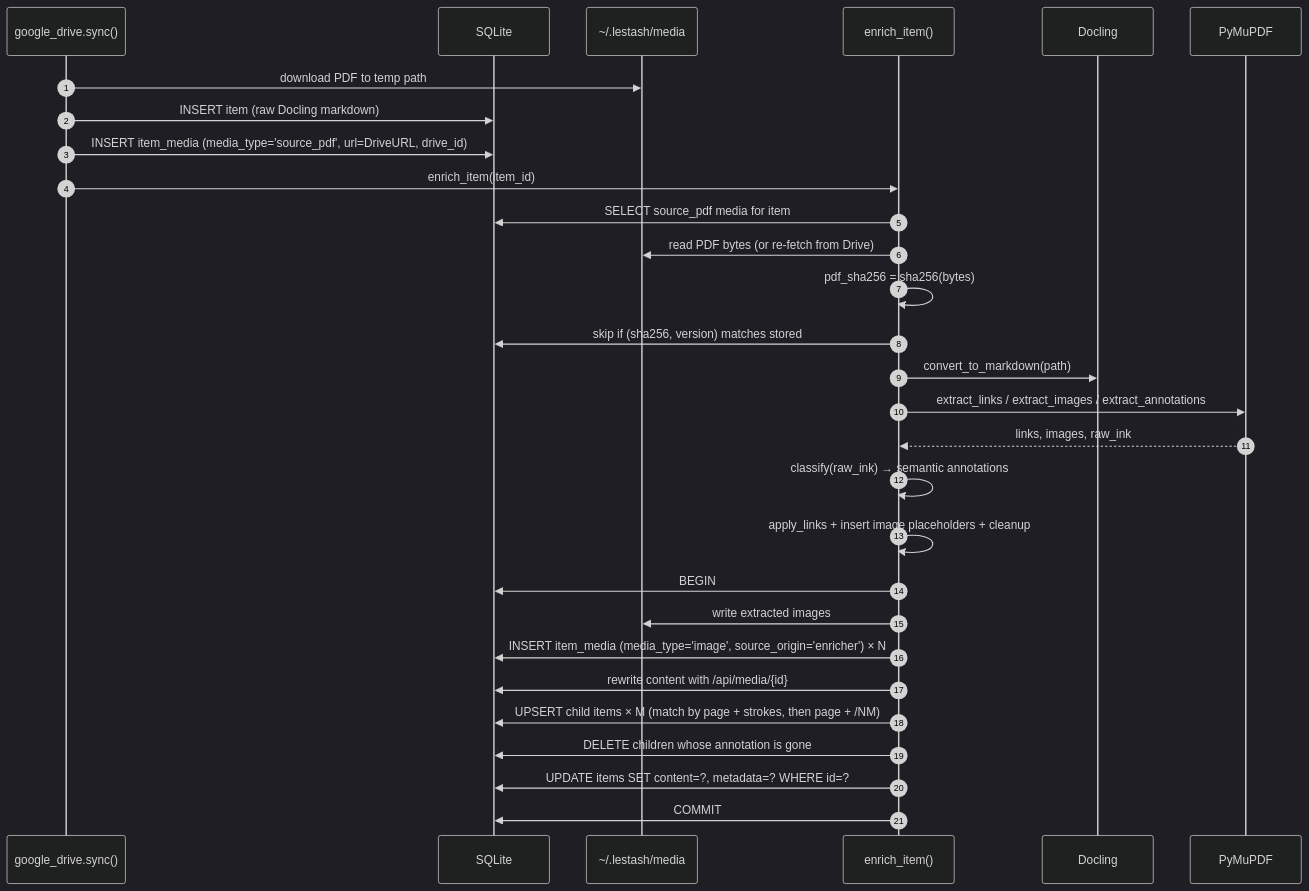
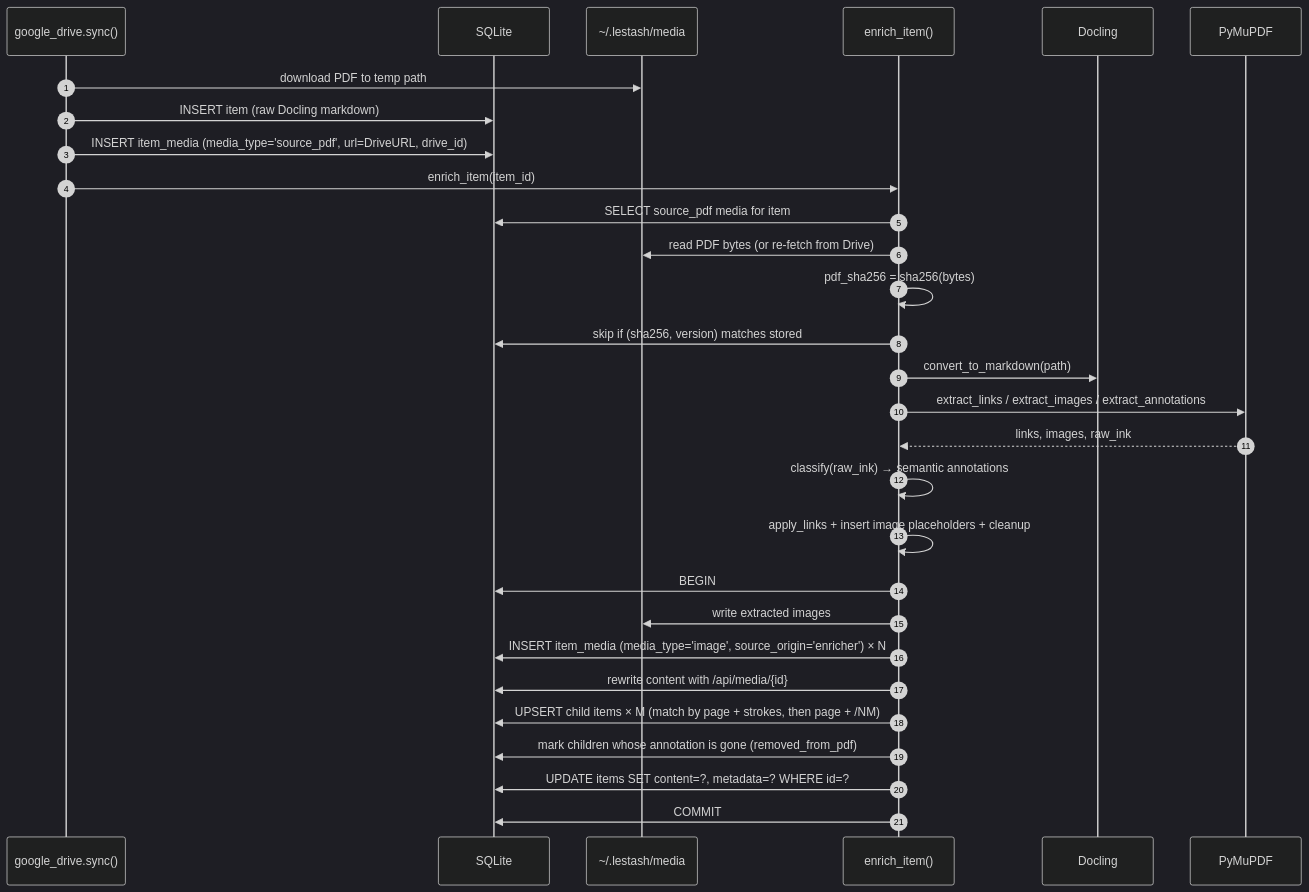
The first of 5 diagrams in docs/pdf-enrichment-design.md (thompsonson/lestash), drawn with Mermaid (dark theme) before and after one commit. The commit also changed other lines of this file and 5 other files, not shown here.

First line of the commit message:
fix(pdf_enrich): fourth review round for the re-enrich upsert

````diff
--- a/docs/pdf-enrichment-design.md
+++ b/docs/pdf-enrichment-design.md
@@ -157,32 +157,32 @@
 ```mermaid
 sequenceDiagram
     autonumber
     participant Sync as google_drive.sync()
     participant DB as SQLite
     participant FS as ~/.lestash/media
     participant Enrich as enrich_item()
     participant Docling
     participant PyMuPDF
 
     Sync->>FS: download PDF to temp path
     Sync->>DB: INSERT item (raw Docling markdown)
     Sync->>DB: INSERT item_media (media_type='source_pdf', url=DriveURL, drive_id)
     Sync->>Enrich: enrich_item(item_id)
     Enrich->>DB: SELECT source_pdf media for item
     Enrich->>FS: read PDF bytes (or re-fetch from Drive)
     Enrich->>Enrich: pdf_sha256 = sha256(bytes)
     Enrich->>DB: skip if (sha256, version) matches stored
     Enrich->>Docling: convert_to_markdown(path)
     Enrich->>PyMuPDF: extract_links / extract_images / extract_annotations
     PyMuPDF-->>Enrich: links, images, raw_ink
     Enrich->>Enrich: classify(raw_ink) → semantic annotations
     Enrich->>Enrich: apply_links + insert image placeholders + cleanup
     Enrich->>DB: BEGIN
     Enrich->>FS: write extracted images
     Enrich->>DB: INSERT item_media (media_type='image', source_origin='enricher') × N
     Enrich->>DB: rewrite content with /api/media/{id}
     Enrich->>DB: UPSERT child items × M (match by page + strokes, then page + /NM)
-    Enrich->>DB: DELETE children whose annotation is gone
+    Enrich->>DB: mark children whose annotation is gone (removed_from_pdf)
     Enrich->>DB: UPDATE items SET content=?, metadata=? WHERE id=?
     Enrich->>DB: COMMIT
 ```
````
